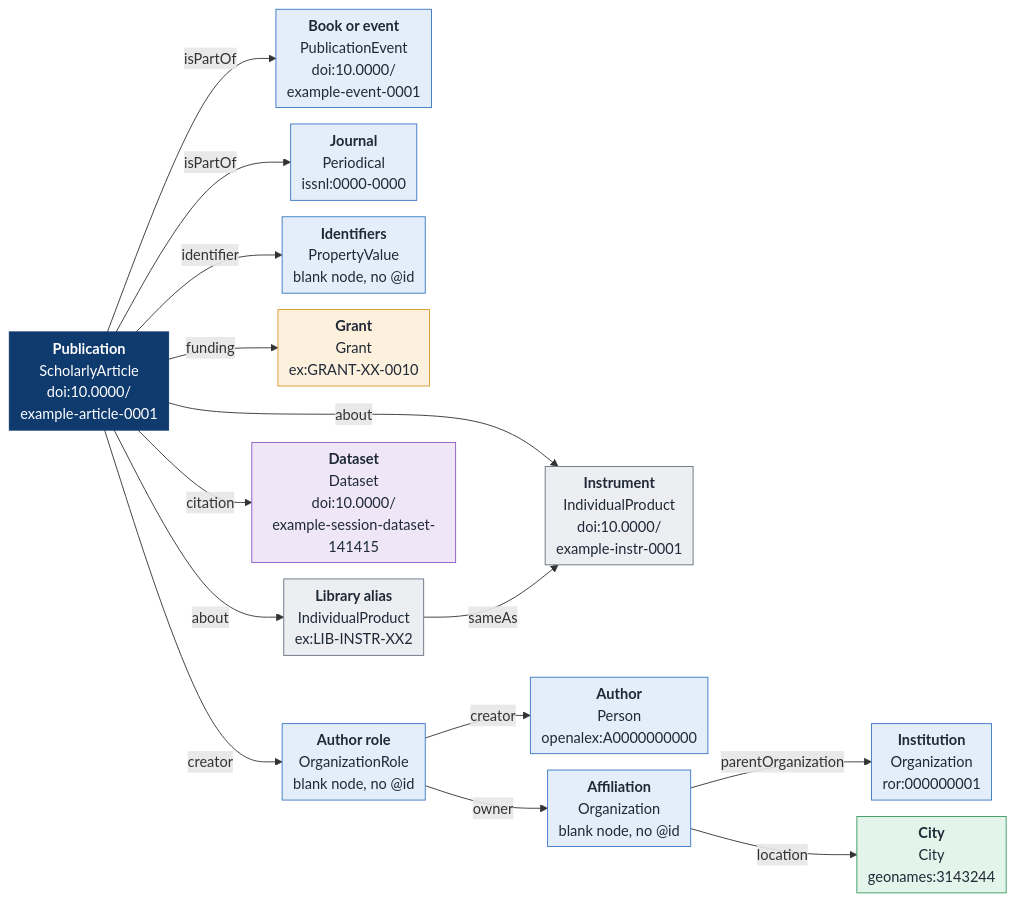
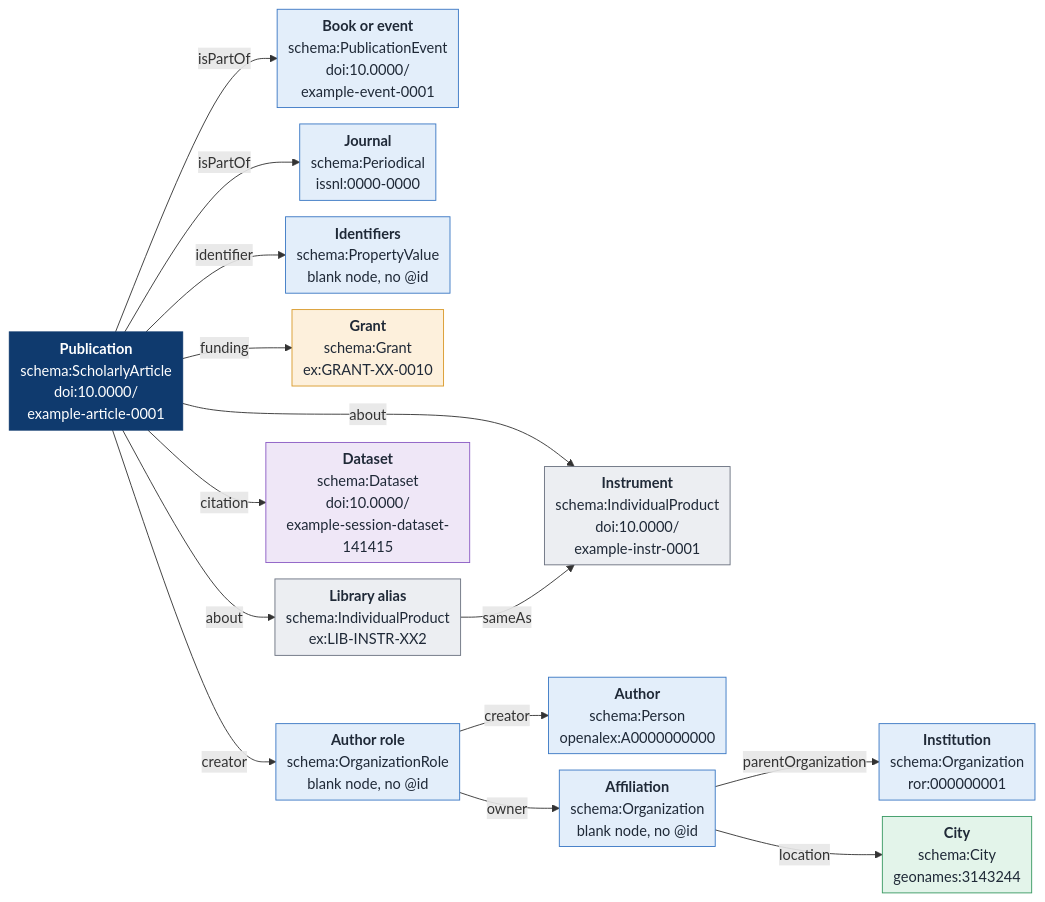
Before and after one commit to openfacility/.github: the third of 3 diagrams in profile/README.md, drawn with Mermaid. The commit also changed other lines of this file, not shown here.

Commit message:
Show the schema: prefix on the node types of the model graphs

````diff
--- a/profile/README.md
+++ b/profile/README.md
@@ -112,44 +112,44 @@
 ```mermaid
 %%{init: {"flowchart": {"nodeSpacing": 18, "rankSpacing": 28, "padding": 6}}}%%
 flowchart LR
-  pub["<b>Publication</b><br/>ScholarlyArticle<br/>doi:10.0000/<br/>example-article-0001"]
-  evt["<b>Book or event</b><br/>PublicationEvent<br/>doi:10.0000/<br/>example-event-0001"]
-  jou["<b>Journal</b><br/>Periodical<br/>issnl:0000-0000"]
-  idf["<b>Identifiers</b><br/>PropertyValue<br/>blank node, no @id"]
-  grant["<b>Grant</b><br/>Grant<br/>ex:GRANT-XX-0010"]
-  ali["<b>Library alias</b><br/>IndividualProduct<br/>ex:LIB-INSTR-XX2"]
-  ins["<b>Instrument</b><br/>IndividualProduct<br/>doi:10.0000/<br/>example-instr-0001"]
-  ds["<b>Dataset</b><br/>Dataset<br/>doi:10.0000/<br/>example-session-dataset-141415"]
-  arole["<b>Author role</b><br/>OrganizationRole<br/>blank node, no @id"]
-  aut["<b>Author</b><br/>Person<br/>openalex:A0000000000"]
-  aff["<b>Affiliation</b><br/>Organization<br/>blank node, no @id"]
-  inst["<b>Institution</b><br/>Organization<br/>ror:000000001"]
-  city["<b>City</b><br/>City<br/>geonames:3143244"]
+  pub["<b>Publication</b><br/>schema:ScholarlyArticle<br/>doi:10.0000/<br/>example-article-0001"]
+  evt["<b>Book or event</b><br/>schema:PublicationEvent<br/>doi:10.0000/<br/>example-event-0001"]
+  jou["<b>Journal</b><br/>schema:Periodical<br/>issnl:0000-0000"]
+  idf["<b>Identifiers</b><br/>schema:PropertyValue<br/>blank node, no @id"]
+  grant["<b>Grant</b><br/>schema:Grant<br/>ex:GRANT-XX-0010"]
+  ali["<b>Library alias</b><br/>schema:IndividualProduct<br/>ex:LIB-INSTR-XX2"]
+  ins["<b>Instrument</b><br/>schema:IndividualProduct<br/>doi:10.0000/<br/>example-instr-0001"]
+  ds["<b>Dataset</b><br/>schema:Dataset<br/>doi:10.0000/<br/>example-session-dataset-141415"]
+  arole["<b>Author role</b><br/>schema:OrganizationRole<br/>blank node, no @id"]
+  aut["<b>Author</b><br/>schema:Person<br/>openalex:A0000000000"]
+  aff["<b>Affiliation</b><br/>schema:Organization<br/>blank node, no @id"]
+  inst["<b>Institution</b><br/>schema:Organization<br/>ror:000000001"]
+  city["<b>City</b><br/>schema:City<br/>geonames:3143244"]
 
   pub -- isPartOf --> evt
   pub -- isPartOf --> jou
   pub -- identifier --> idf
   pub -- funding --> grant
   pub -- about --> ali
   pub -- about --> ins
   ali -- sameAs --> ins
   pub -- citation --> ds
   pub -- creator --> arole
   arole -- creator --> aut
   arole -- owner --> aff
   aff -- parentOrganization --> inst
   aff -- location --> city
 
   classDef publication fill:#e3eefa,stroke:#3b78c4,color:#1f2937
   classDef main fill:#0f3a6e,stroke:#0f3a6e,color:#ffffff
   classDef project fill:#fdf0dc,stroke:#d99a2b,color:#1f2937
   classDef instrument fill:#eceef2,stroke:#6b7280,color:#1f2937
   classDef dataset fill:#efe7f7,stroke:#8b5cc4,color:#1f2937
   classDef place fill:#e3f4ea,stroke:#3a9a63,color:#1f2937
   class pub main
   class evt,jou,idf,arole,aut,aff,inst publication
   class grant project
   class ali,ins instrument
   class ds dataset
   class city place
 ```
````
